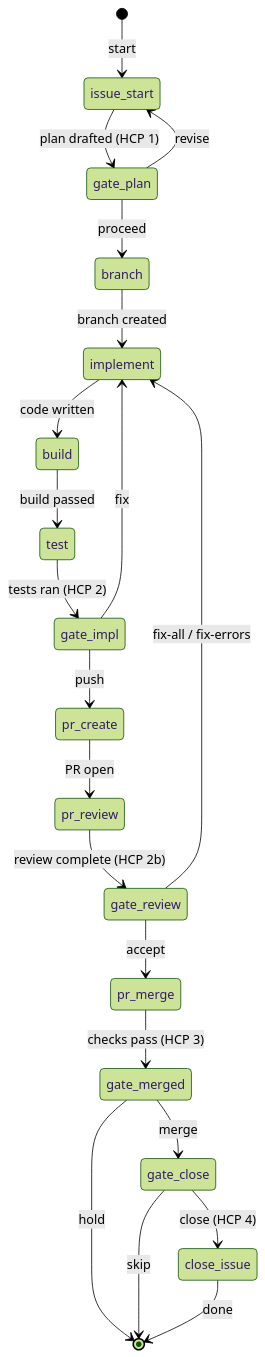
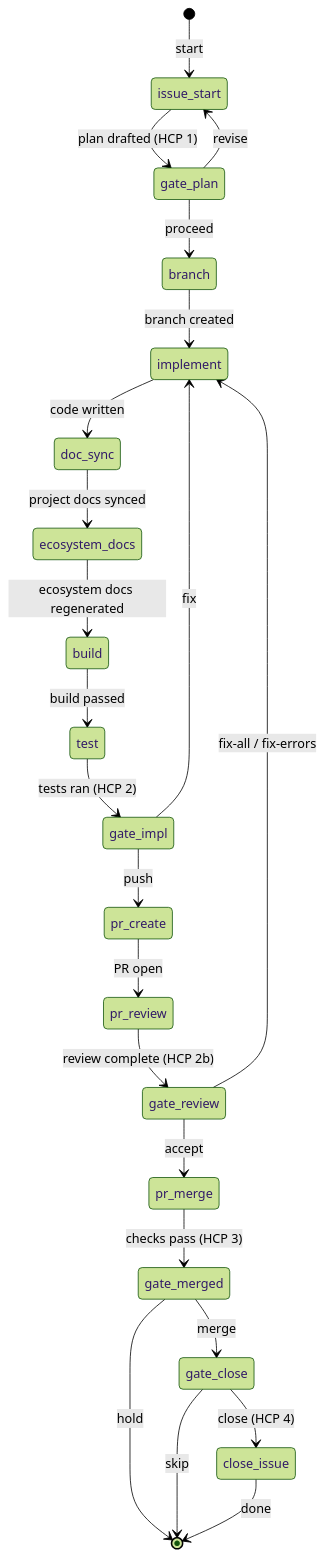
One commit to ashitaka-emishi/lob-online changed the diagram in docs/workflows/issue-implement/issue-implement.states.md. Above: the diagram before and after it, drawn with Mermaid (forest theme). The commit also changed other lines of this file and 8 other files, not shown here.

First line of the commit message:
feat(docs): add /doc-sync skill and wire doc sync into issue-implement (#50)

````diff
--- a/docs/workflows/issue-implement/issue-implement.states.md
+++ b/docs/workflows/issue-implement/issue-implement.states.md
@@ -20,28 +20,30 @@
 ```mermaid
 stateDiagram-v2
     [*] --> issue_start : start
 
     issue_start --> gate_plan : plan drafted (HCP 1)
     gate_plan --> branch : proceed
     gate_plan --> issue_start : revise
 
     branch --> implement : branch created
-    implement --> build : code written
+    implement --> doc_sync : code written
+    doc_sync --> ecosystem_docs : project docs synced
+    ecosystem_docs --> build : ecosystem docs regenerated
     build --> test : build passed
     test --> gate_impl : tests ran (HCP 2)
     gate_impl --> pr_create : push
     gate_impl --> implement : fix
 
     pr_create --> pr_review : PR open
     pr_review --> gate_review : review complete (HCP 2b)
     gate_review --> pr_merge : accept
     gate_review --> implement : fix-all / fix-errors
 
     pr_merge --> gate_merged : checks pass (HCP 3)
     gate_merged --> gate_close : merge
     gate_merged --> [*] : hold
 
     gate_close --> close_issue : close (HCP 4)
     gate_close --> [*] : skip
     close_issue --> [*] : done
 ```
````
